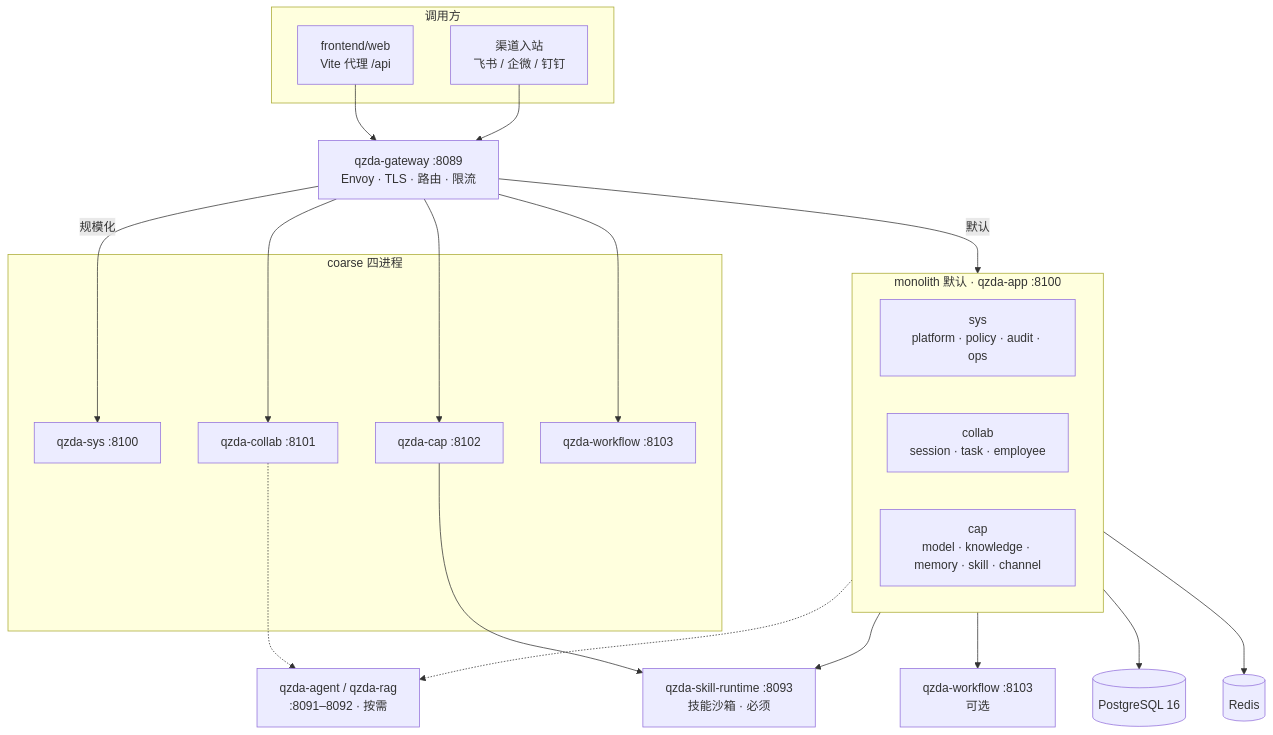
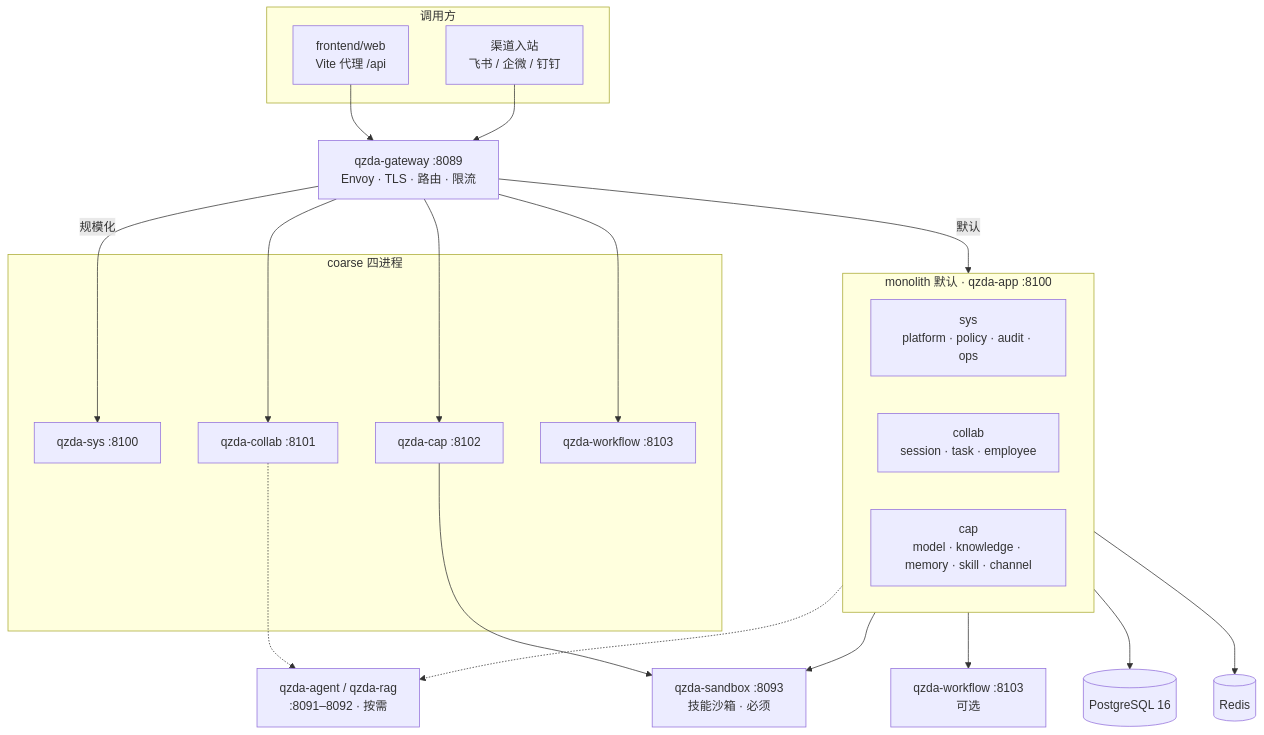
One commit to Lianjifu/QiZhiDaPartnerPlatform changed the first of 3 diagrams in backend/README.md. Above: the diagram before and after it, drawn with Mermaid. The commit also changed other lines of this file and 69 other files, not shown here.

````diff
--- a/backend/README.md
+++ b/backend/README.md
@@ -48,45 +48,45 @@
 ```mermaid
 flowchart TB
   subgraph Clients["调用方"]
     FE["frontend/web<br/>Vite 代理 /api"]
     CH["渠道入站<br/>飞书 / 企微 / 钉钉"]
   end
 
   GW["qzda-gateway :8089<br/>Envoy · TLS · 路由 · 限流"]
 
   FE --> GW
   CH --> GW
 
   subgraph Mono["monolith 默认 · qzda-app :8100"]
     SYS["sys<br/>platform · policy · audit · ops"]
     COL["collab<br/>session · task · employee"]
     CAP["cap<br/>model · knowledge · memory · skill · channel"]
   end
 
   subgraph Coarse["coarse 四进程"]
     S1["qzda-sys :8100"]
     S2["qzda-collab :8101"]
     S3["qzda-cap :8102"]
     S4["qzda-workflow :8103"]
   end
 
-  SK["qzda-skill-runtime :8093<br/>技能沙箱 · 必须"]
+  SK["qzda-sandbox :8093<br/>技能沙箱 · 必须"]
   WF["qzda-workflow :8103<br/>可选"]
   AI["qzda-agent / qzda-rag<br/>:8091–8092 · 按需"]
   PG[(PostgreSQL 16)]
   RD[(Redis)]
 
   GW -->|"默认"| Mono
   GW -->|"规模化"| S1
   GW --> S2
   GW --> S3
   GW --> S4
 
   Mono --> SK
   Mono --> WF
   Mono -.-> AI
   Mono --> PG
   Mono --> RD
   S3 --> SK
   S2 -.-> AI
 ```
````
